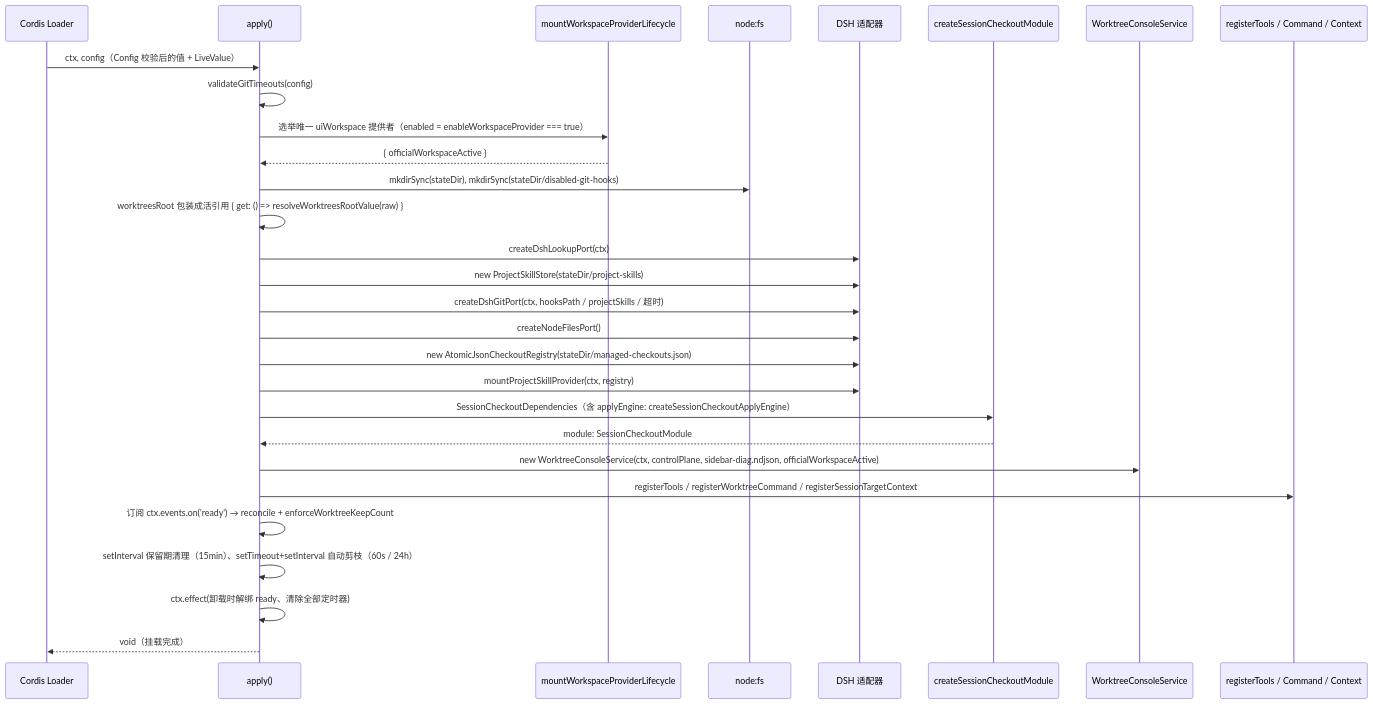
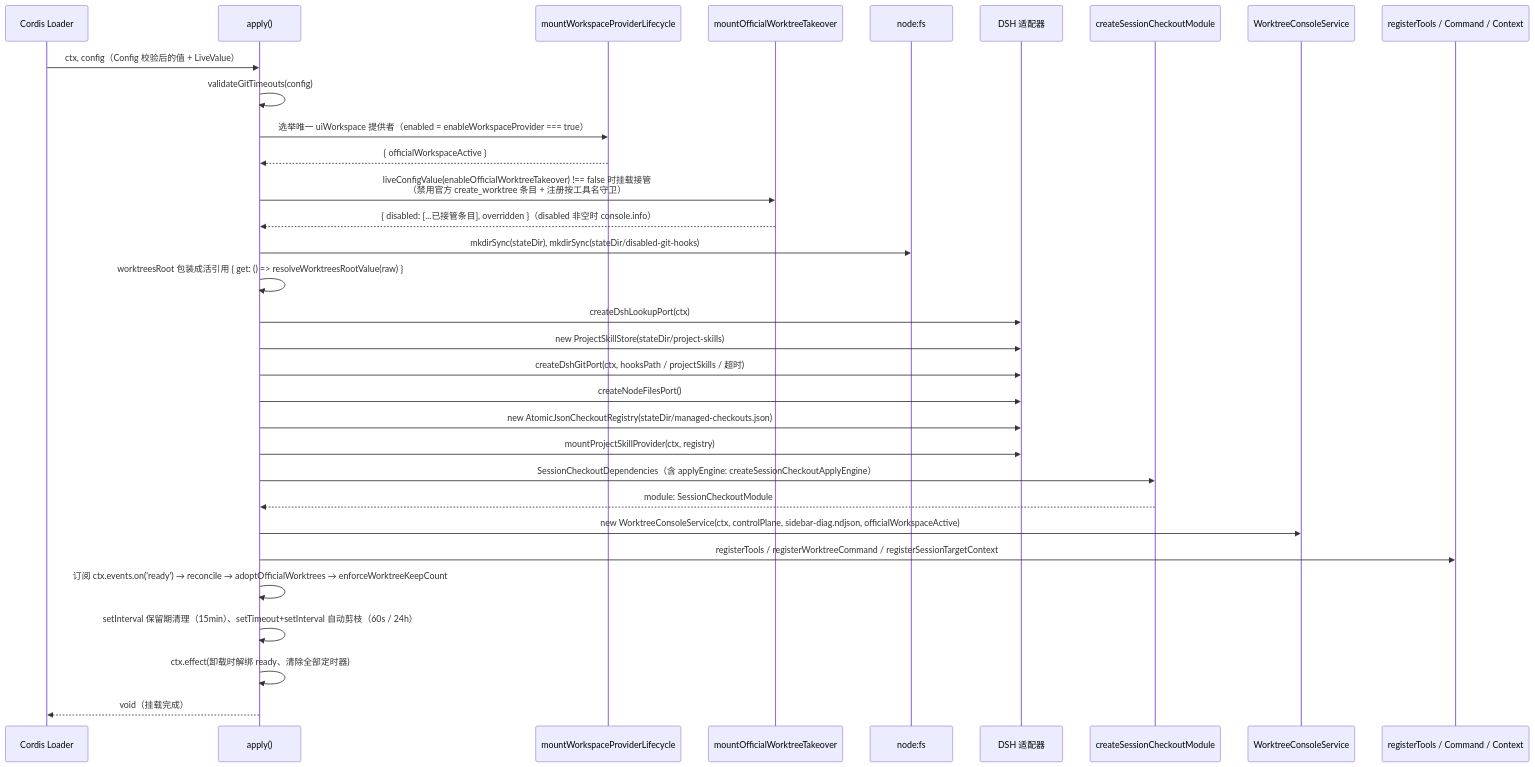
The third of 7 diagrams in .codewiki/modules/src-index-ts.md (ikliml666/dsh-git-workspace), drawn with Mermaid before and after one commit. The commit also changed other lines of this file and 28 other files, not shown here.

````diff
--- a/.codewiki/modules/src-index-ts.md
+++ b/.codewiki/modules/src-index-ts.md
@@ -210,32 +214,35 @@
 ```mermaid
 sequenceDiagram
     participant L as Cordis Loader
     participant E as apply()
     participant W as mountWorkspaceProviderLifecycle
+    participant T as mountOfficialWorktreeTakeover
     participant FS as node:fs
     participant A as DSH 适配器
     participant M as createSessionCheckoutModule
     participant C as WorktreeConsoleService
     participant R as registerTools / Command / Context
 
     L->>E: ctx, config（Config 校验后的值 + LiveValue）
     E->>E: validateGitTimeouts(config)
     E->>W: 选举唯一 uiWorkspace 提供者（enabled = enableWorkspaceProvider === true）
     W-->>E: { officialWorkspaceActive }
+    E->>T: liveConfigValue(enableOfficialWorktreeTakeover) !== false 时挂载接管<br/>（禁用官方 create_worktree 条目 + 注册按工具名守卫）
+    T-->>E: { disabled: [...已接管条目], overridden }（disabled 非空时 console.info）
     E->>FS: mkdirSync(stateDir), mkdirSync(stateDir/disabled-git-hooks)
     E->>E: worktreesRoot 包装成活引用 { get: () => resolveWorktreesRootValue(raw) }
     E->>A: createDshLookupPort(ctx)
     E->>A: new ProjectSkillStore(stateDir/project-skills)
     E->>A: createDshGitPort(ctx, hooksPath / projectSkills / 超时)
     E->>A: createNodeFilesPort()
     E->>A: new AtomicJsonCheckoutRegistry(stateDir/managed-checkouts.json)
     E->>A: mountProjectSkillProvider(ctx, registry)
     E->>M: SessionCheckoutDependencies（含 applyEngine: createSessionCheckoutApplyEngine）
     M-->>E: module: SessionCheckoutModule
     E->>C: new WorktreeConsoleService(ctx, controlPlane, sidebar-diag.ndjson, officialWorkspaceActive)
     E->>R: registerTools / registerWorktreeCommand / registerSessionTargetContext
-    E->>E: 订阅 ctx.events.on('ready') → reconcile + enforceWorktreeKeepCount
+    E->>E: 订阅 ctx.events.on('ready') → reconcile → adoptOfficialWorktrees → enforceWorktreeKeepCount
     E->>E: setInterval 保留期清理（15min）、setTimeout+setInterval 自动剪枝（60s / 24h）
     E->>E: ctx.effect(卸载时解绑 ready、清除全部定时器)
     E-->>L: void（挂载完成）
 ```
````
